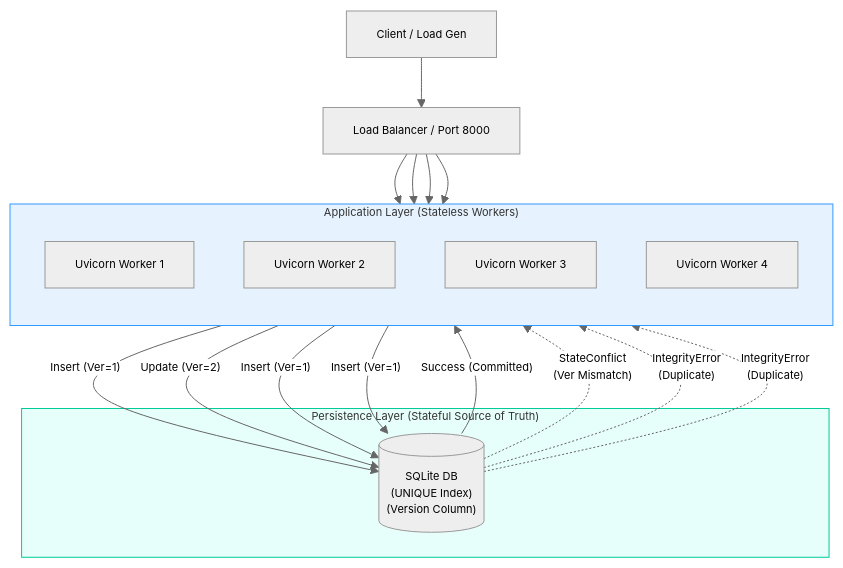
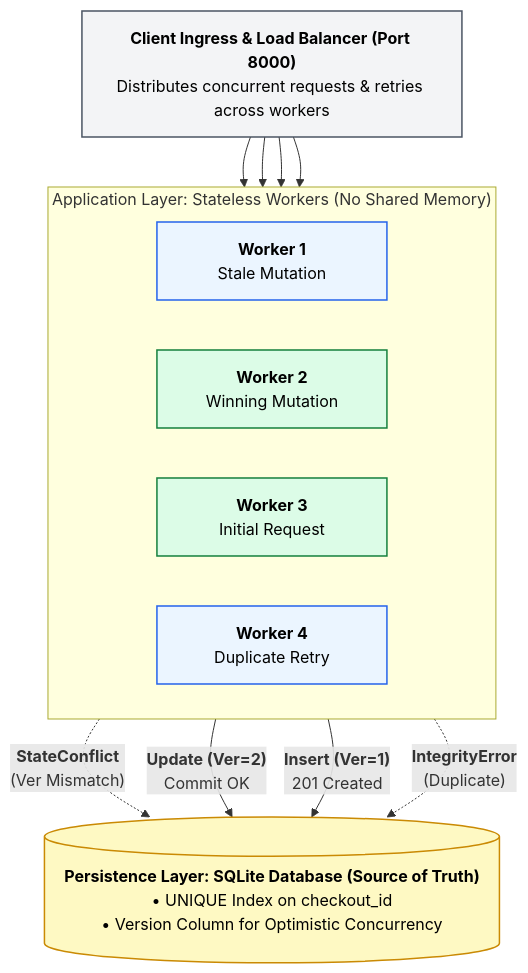
One commit to the-write-path-code/ch11-13-ucp-a2a-payment-integrity changed the first of 13 diagrams in docs/architecture/system_design.md. Above: the diagram before and after it, drawn with Mermaid. The commit also changed other lines of this file and 1 other file, not shown here.

Commit message:
docs: update architecture diagrams for chapter 11 to match Wiley-IEEE production standards

````diff
--- a/docs/architecture/system_design.md
+++ b/docs/architecture/system_design.md
@@ -9,42 +9,34 @@
 ```mermaid
-%%{init: {"theme": "neutral", "themeVariables": {"fontFamily": "Arial, Helvetica, sans-serif", "fontSize": "11px", "actorFontSize": "11px", "noteFontSize": "10px", "messageFontSize": "10px"}}}%%
 flowchart TD
-    Client["Client / Load Gen"]
-    LB["Load Balancer / Port 8000"]
+    LB["<div style='min-width: 320px;'><b>Client Ingress & Load Balancer (Port 8000)</b><br/>Distributes concurrent requests & retries across workers</div>"]
     
-    subgraph AppLayer ["Application Layer (Stateless Workers)"]
-        direction TB
-        style AppLayer fill:#e6f3ff,stroke:#3399ff,stroke-width:1px
-        W1["Uvicorn Worker 1"]
-        W2["Uvicorn Worker 2"]
-        W3["Uvicorn Worker 3"]
-        W4["Uvicorn Worker 4"]
+    subgraph Workers ["Application Layer: Stateless Workers (No Shared Memory)"]
+        direction LR
+        W1["<div style='min-width: 170px;'><b>Worker 1</b><br/>Stale Mutation</div>"]
+        W2["<div style='min-width: 170px;'><b>Worker 2</b><br/>Winning Mutation</div>"]
+        W3["<div style='min-width: 170px;'><b>Worker 3</b><br/>Initial Request</div>"]
+        W4["<div style='min-width: 170px;'><b>Worker 4</b><br/>Duplicate Retry</div>"]
     end
     
-    subgraph DataLayer ["Persistence Layer (Stateful Source of Truth)"]
-        style DataLayer fill:#e6fffa,stroke:#00cc99,stroke-width:1px
-        DB[("SQLite DB<br/>(UNIQUE Index)<br/>(Version Column)")]
-    end
-    
-    %% Infrastructure Flow (Neutral)
-    Client --> LB
     LB --> W1
     LB --> W2
     LB --> W3
     LB --> W4
     
-    %% Outbound Requests (Blue)
-    W1 -- "Insert (Ver=1)" --> DB
-    W2 -- "Update (Ver=2)" --> DB
-    W3 -- "Insert (Ver=1)" --> DB
-    W4 -- "Insert (Ver=1)" --> DB
+    DB[("<div style='min-width: 440px;'><b>Persistence Layer: SQLite Database (Source of Truth)</b><br/>• UNIQUE Index on checkout_id<br/>• Version Column for Optimistic Concurrency</div>")]
     
-    %% Return Signals - SUCCESS (Green)
-    DB -- "Success (Committed)" --> W2
-    
-    %% Return Signals - FAILURE (Red)
-    DB -. "StateConflict<br/>(Ver Mismatch)" .-> W1
-    DB -. "IntegrityError<br/>(Duplicate)" .-> W3
-    DB -. "IntegrityError<br/>(Duplicate)" .-> W4
-    
+    W1 -.->|"<b>StateConflict</b><br/>(Ver Mismatch)"| DB
+    W2 -->|"<b>Update (Ver=2)</b><br/>Commit OK"| DB
+    W3 -->|"<b>Insert (Ver=1)</b><br/>201 Created"| DB
+    W4 -.->|"<b>IntegrityError</b><br/>(Duplicate)"| DB
+
+    classDef client fill:#F3F4F6,stroke:#4B5563,color:#000000,stroke-width:1.5px
+    classDef worker fill:#EBF5FF,stroke:#2563EB,color:#000000,stroke-width:1.5px
+    classDef winner fill:#DCFCE7,stroke:#15803D,color:#000000,stroke-width:1.5px
+    classDef db fill:#FEF9C3,stroke:#CA8A04,color:#000000,stroke-width:1.5px
+
+    class LB client
+    class W1,W4 worker
+    class W2,W3 winner
+    class DB db
 ```
````
